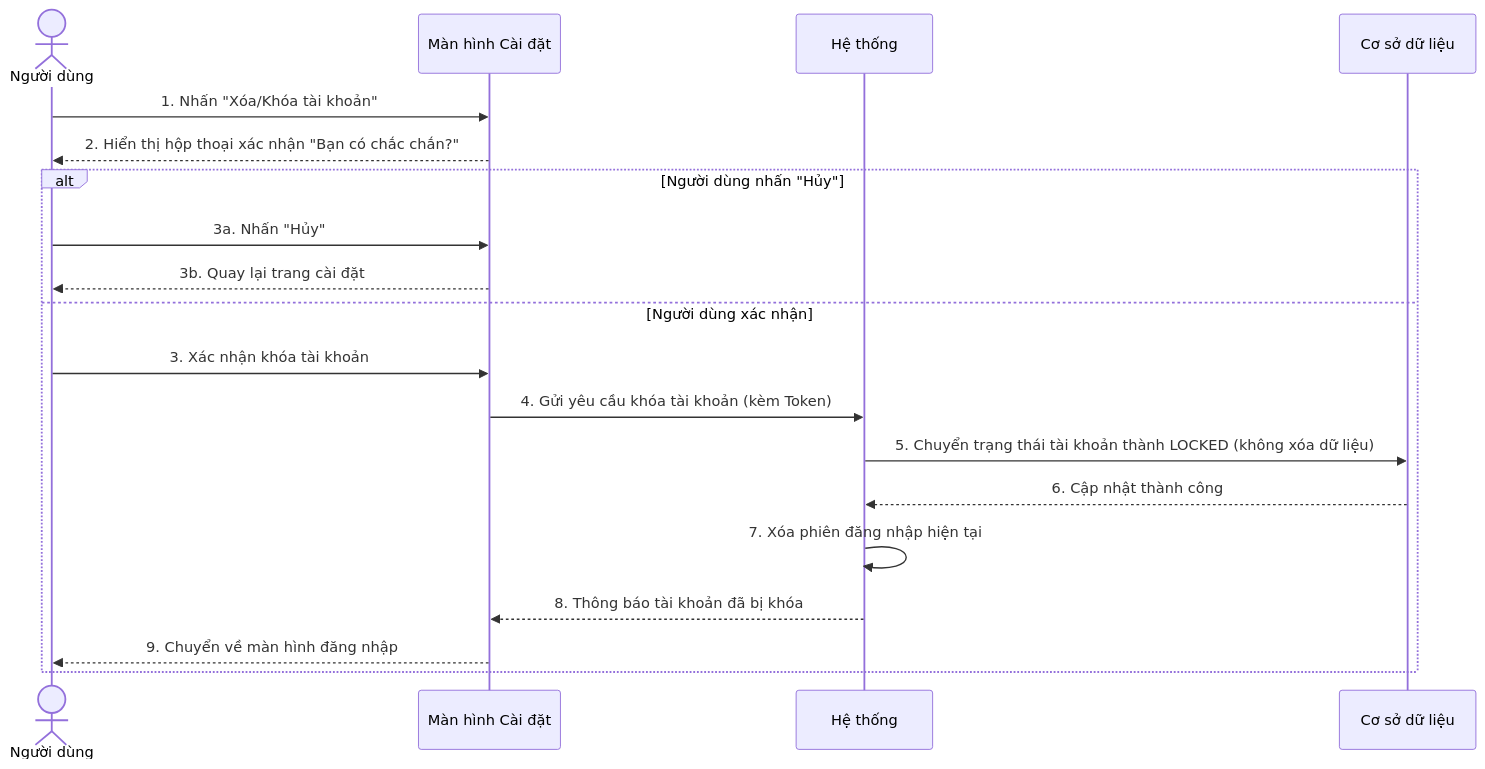
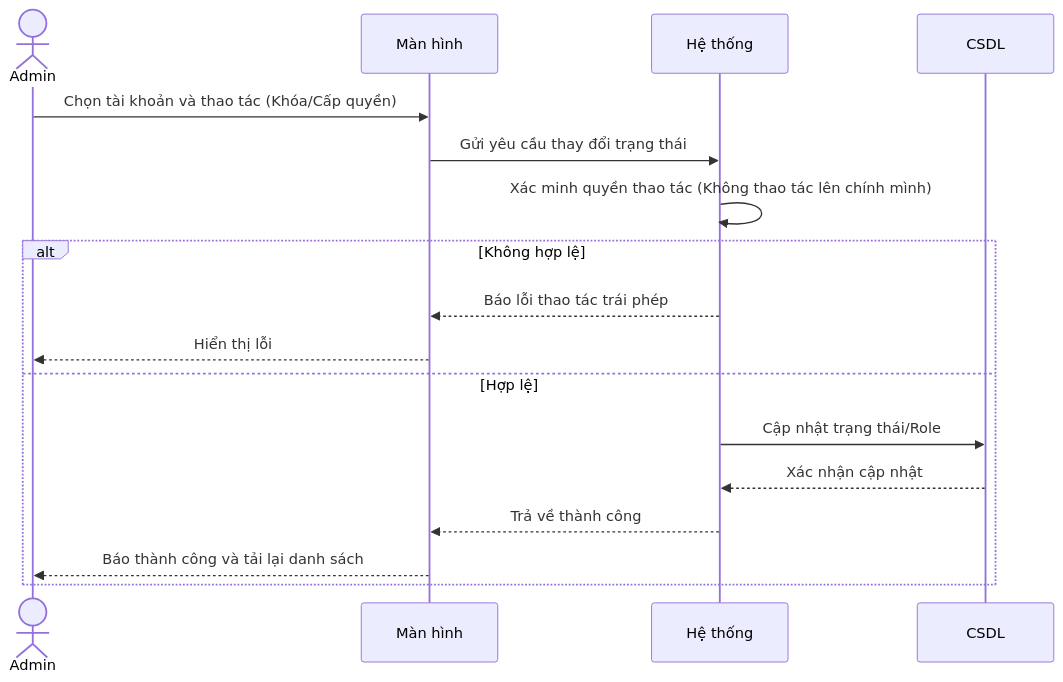
One commit to ChuDucAnh21/BE-quan-ly-su-kien changed the seventh of 8 diagrams in doc/system_analysis/sequence diagram/05a_sequence_auth_profile.md. Above: the diagram before and after it, drawn with Mermaid. The commit also changed other lines of this file and 14 other files, not shown here.

````diff
--- a/doc/system_analysis/sequence diagram/05a_sequence_auth_profile.md
+++ b/doc/system_analysis/sequence diagram/05a_sequence_auth_profile.md
@@ -262,22 +177,20 @@
 ```mermaid
 sequenceDiagram
-    actor User as Người dùng
-    participant UI as Màn hình Cài đặt
-    participant HT as Hệ thống
-    participant DB as Cơ sở dữ liệu
+    actor Admin
+    participant Màn hình
+    participant Hệ thống
+    participant CSDL
 
-    User->>UI: 1. Nhấn "Xóa/Khóa tài khoản"
-    UI-->>User: 2. Hiển thị hộp thoại xác nhận "Bạn có chắc chắn?"
-    alt Người dùng nhấn "Hủy"
-        User->>UI: 3a. Nhấn "Hủy"
-        UI-->>User: 3b. Quay lại trang cài đặt
-    else Người dùng xác nhận
-        User->>UI: 3. Xác nhận khóa tài khoản
-        UI->>HT: 4. Gửi yêu cầu khóa tài khoản (kèm Token)
-        HT->>DB: 5. Chuyển trạng thái tài khoản thành LOCKED (không xóa dữ liệu)
-        DB-->>HT: 6. Cập nhật thành công
-        HT->>HT: 7. Xóa phiên đăng nhập hiện tại
-        HT-->>UI: 8. Thông báo tài khoản đã bị khóa
-        UI-->>User: 9. Chuyển về màn hình đăng nhập
+    Admin->>Màn hình: Chọn tài khoản và thao tác (Khóa/Cấp quyền)
+    Màn hình->>Hệ thống: Gửi yêu cầu thay đổi trạng thái
+    Hệ thống->>Hệ thống: Xác minh quyền thao tác (Không thao tác lên chính mình)
+    alt Không hợp lệ
+        Hệ thống-->>Màn hình: Báo lỗi thao tác trái phép
+        Màn hình-->>Admin: Hiển thị lỗi
+    else Hợp lệ
+        Hệ thống->>CSDL: Cập nhật trạng thái/Role
+        CSDL-->>Hệ thống: Xác nhận cập nhật
+        Hệ thống-->>Màn hình: Trả về thành công
+        Màn hình-->>Admin: Báo thành công và tải lại danh sách
     end
 ```
````
